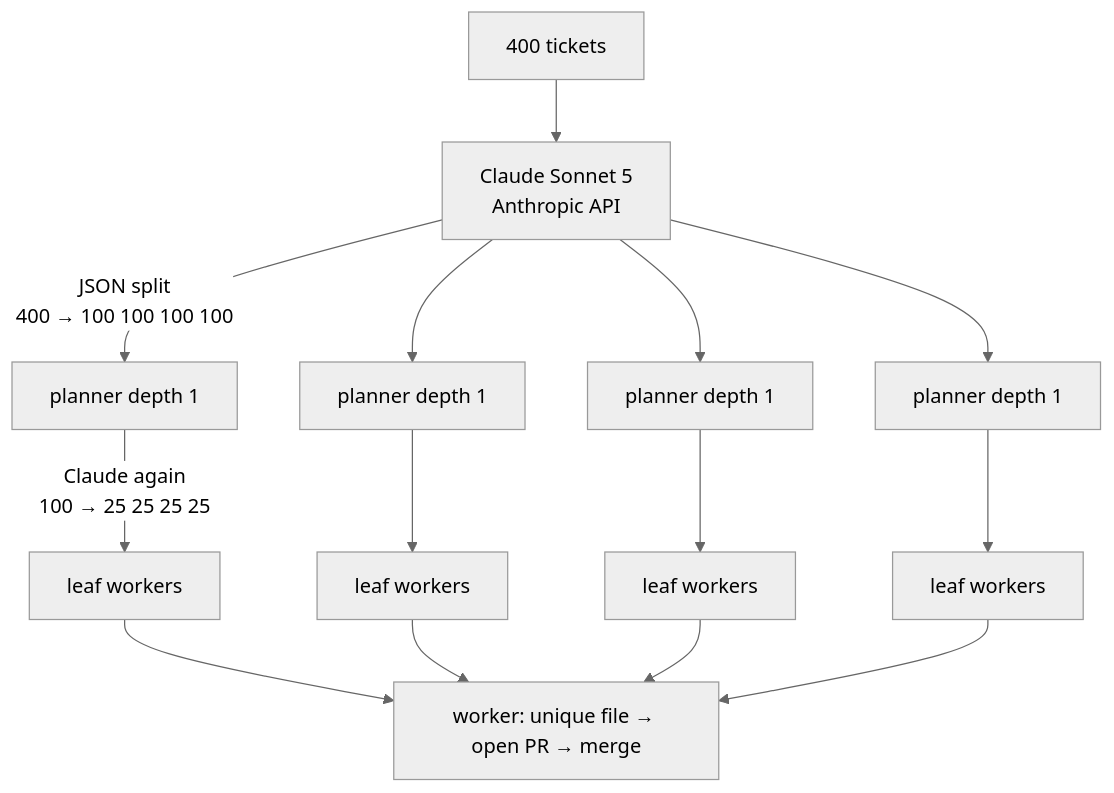
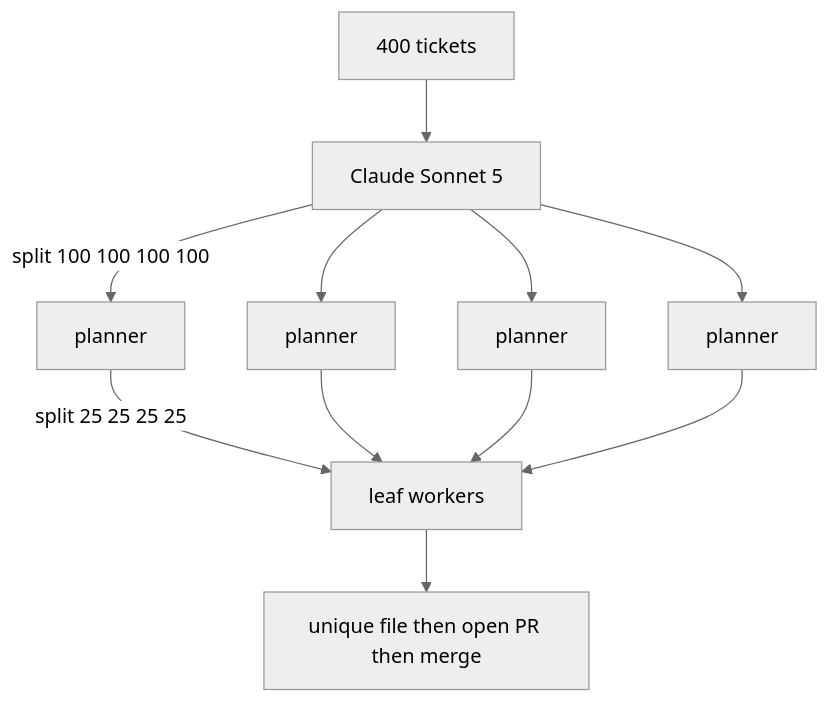
Before and after one commit to ranjan2829/Alpha-throttle-test: the first of 2 diagrams in README.md, drawn with Mermaid (neutral theme). The commit also changed other lines of this file, not shown here.

Commit message:
Fix homepage Claude graphs

````diff
--- a/README.md
+++ b/README.md
@@ -30,16 +30,13 @@
 ```mermaid
 flowchart TD
-  B["400 tickets"] --> C["Claude Sonnet 5<br/>Anthropic API"]
-  C -->|"JSON split<br/>400 → 100 100 100 100"| P1["planner depth 1"]
-  C --> P2["planner depth 1"]
-  C --> P3["planner depth 1"]
-  C --> P4["planner depth 1"]
-  P1 -->|"Claude again<br/>100 → 25 25 25 25"| L1["leaf workers"]
-  P2 --> L2["leaf workers"]
-  P3 --> L3["leaf workers"]
-  P4 --> L4["leaf workers"]
-  L1 --> W
-  L2 --> W
-  L3 --> W
-  L4 --> W["worker: unique file → open PR → merge"]
+  tickets[400 tickets] --> claude[Claude Sonnet 5]
+  claude -->|split 100 100 100 100| p1[planner]
+  claude --> p2[planner]
+  claude --> p3[planner]
+  claude --> p4[planner]
+  p1 -->|split 25 25 25 25| leaf[leaf workers]
+  p2 --> leaf
+  p3 --> leaf
+  p4 --> leaf
+  leaf --> work[unique file then open PR then merge]
 ```
````
